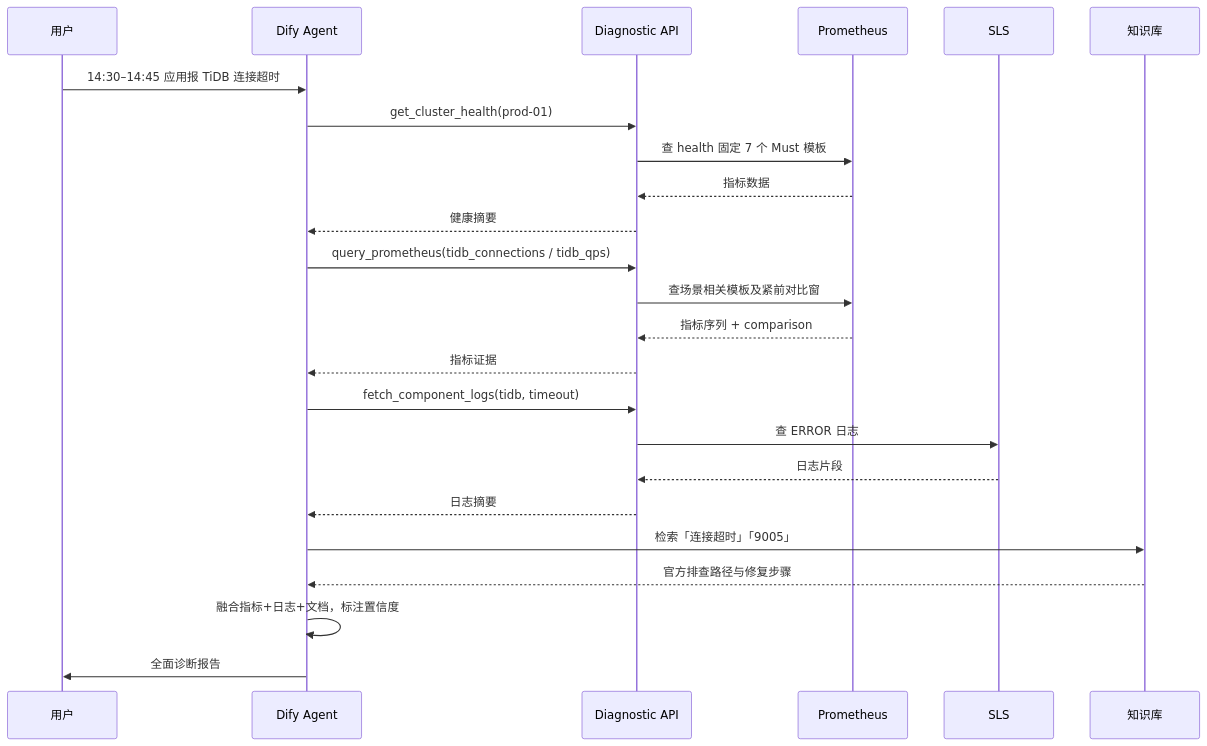
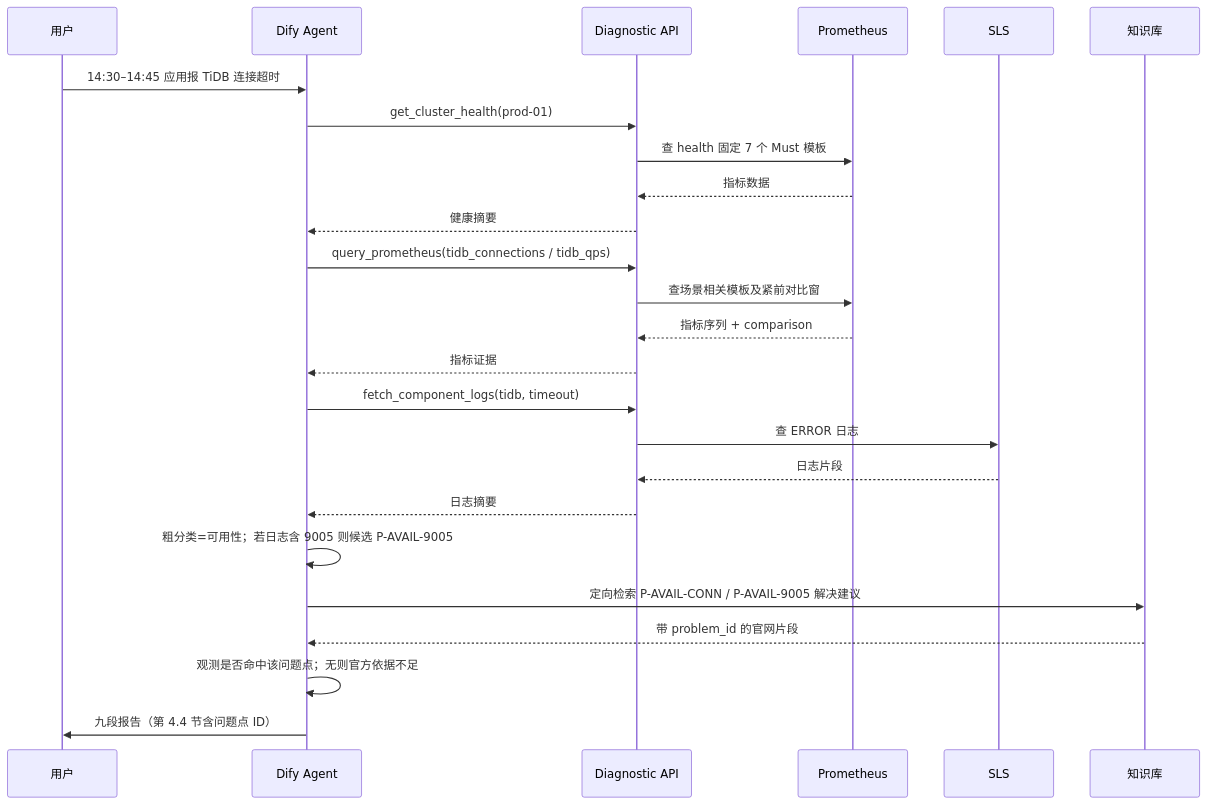
The seventh of 10 diagrams in docs/tidb-diag-agent-technical-design.md (yangzhengjie/tidb-diag), drawn with Mermaid before and after one commit. The commit also changed other lines of this file and 1 other file, not shown here.

````diff
--- a/docs/tidb-diag-agent-technical-design.md
+++ b/docs/tidb-diag-agent-technical-design.md
@@ -831,27 +919,28 @@
 ```mermaid
 sequenceDiagram
     participant U as 用户
     participant A as Dify Agent
     participant API as Diagnostic API
     participant P as Prometheus
     participant S as SLS
     participant KB as 知识库
 
     U->>A: 14:30–14:45 应用报 TiDB 连接超时
     A->>API: get_cluster_health(prod-01)
     API->>P: 查 health 固定 7 个 Must 模板
     P-->>API: 指标数据
     API-->>A: 健康摘要
     A->>API: query_prometheus(tidb_connections / tidb_qps)
     API->>P: 查场景相关模板及紧前对比窗
     P-->>API: 指标序列 + comparison
     API-->>A: 指标证据
     A->>API: fetch_component_logs(tidb, timeout)
     API->>S: 查 ERROR 日志
     S-->>API: 日志片段
     API-->>A: 日志摘要
-    A->>KB: 检索「连接超时」「9005」
-    KB-->>A: 官方排查路径与修复步骤
-    A->>A: 融合指标+日志+文档，标注置信度
-    A->>U: 全面诊断报告
+    A->>A: 粗分类=可用性；若日志含 9005 则候选 P-AVAIL-9005
+    A->>KB: 定向检索 P-AVAIL-CONN / P-AVAIL-9005 解决建议
+    KB-->>A: 带 problem_id 的官网片段
+    A->>A: 观测是否命中该问题点；无则官方依据不足
+    A->>U: 九段报告（第 4.4 节含问题点 ID）
 ```
````
